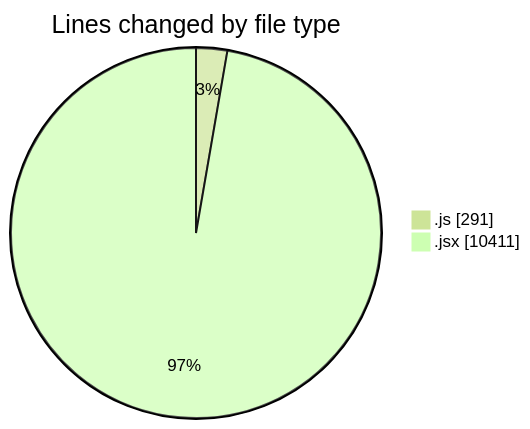
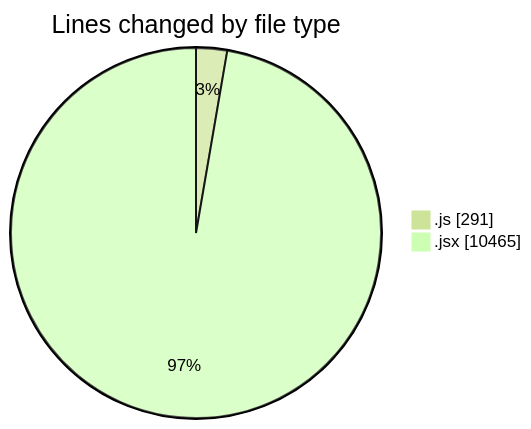
One commit to nxtqubesakshisongat/code-tracking changed the first of 2 diagrams in 2025-07-28/nxtqube_webapp/README.md. Above: the diagram before and after it, drawn with Mermaid (forest theme). The commit also changed other lines of this file and 1 other file, not shown here.

````diff
--- a/2025-07-28/nxtqube_webapp/README.md
+++ b/2025-07-28/nxtqube_webapp/README.md
@@ -45,6 +45,6 @@
 ```mermaid
 pie showData
 title Lines changed by file type
 ".js" : 291
-".jsx" : 10411
+".jsx" : 10465
 ```
````
